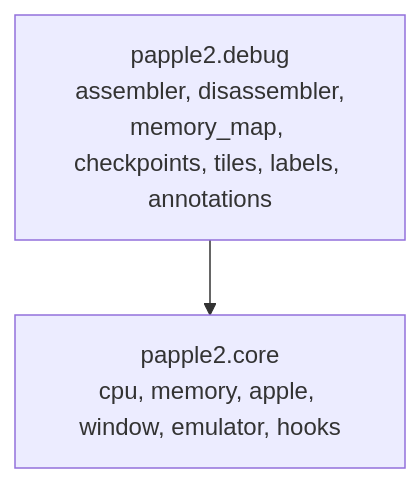
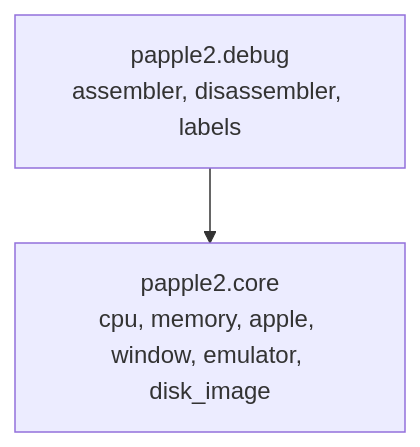
One commit to fschuhi/papple2 changed the first of 3 diagrams in README.md. Above: the diagram before and after it, drawn with Mermaid. The commit also changed other lines of this file and 2 other files, not shown here.

First line of the commit message:
README.md: papple2 after the pruning, and its three games

````diff
--- a/README.md
+++ b/README.md
@@ -50,7 +71,7 @@
 ```mermaid
 graph TD
-    DEBUG["papple2.debug<br/>assembler, disassembler,<br/>memory_map, checkpoints, tiles, labels, annotations"]
-    CORE["papple2.core<br/>cpu, memory, apple, window, emulator, hooks"]
+    DEBUG["papple2.debug<br/>assembler, disassembler, labels"]
+    CORE["papple2.core<br/>cpu, memory, apple, window, emulator, disk_image"]
 
     DEBUG --> CORE
 ```
````
